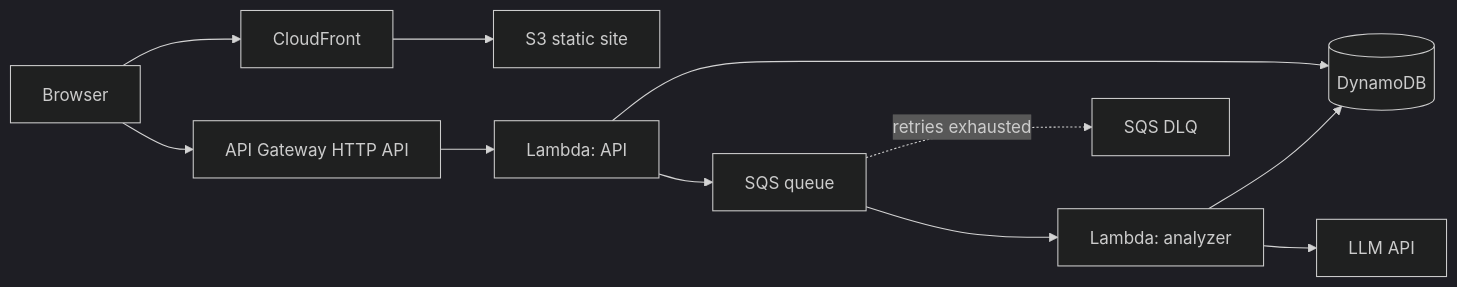
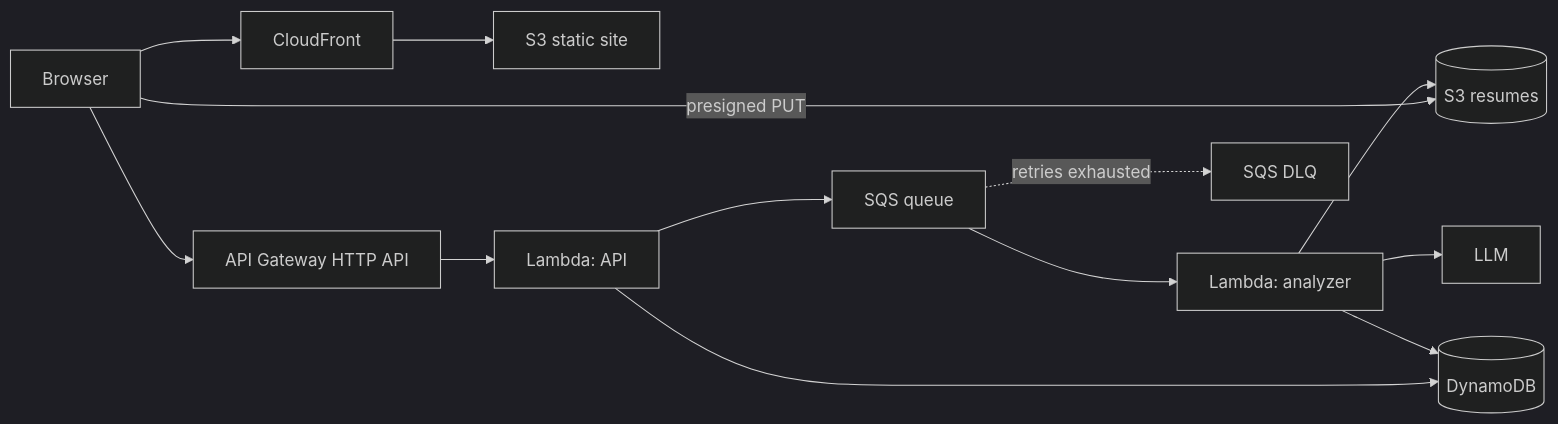
The diagram in README.md (Kaleugit/jobscope), drawn with Mermaid (dark theme) before and after one commit. The commit also changed other lines of this file, not shown here.

````diff
--- a/README.md
+++ b/README.md
@@ -9,13 +18,15 @@
 ```mermaid
 graph LR
     U[Browser] --> CF[CloudFront]
-    CF --> S3[S3 static site]
+    CF --> S3W[S3 static site]
+    U -- presigned PUT --> S3R[(S3 resumes)]
     U --> APIGW[API Gateway HTTP API]
     APIGW --> L1[Lambda: API]
     L1 --> DDB[(DynamoDB)]
     L1 --> Q[SQS queue]
     Q --> L2[Lambda: analyzer]
-    L2 --> LLM[LLM API]
+    L2 --> LLM[LLM]
+    L2 --> S3R
     L2 --> DDB
     Q -.retries exhausted.-> DLQ[SQS DLQ]
 ```
````
